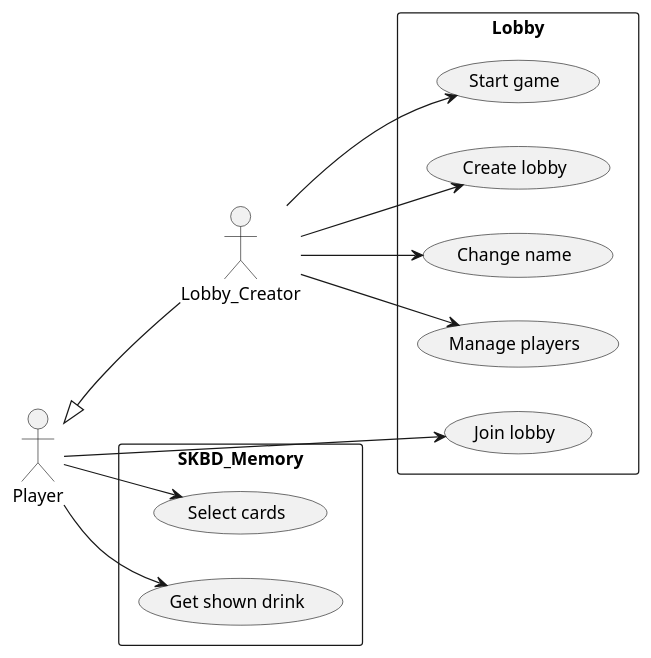
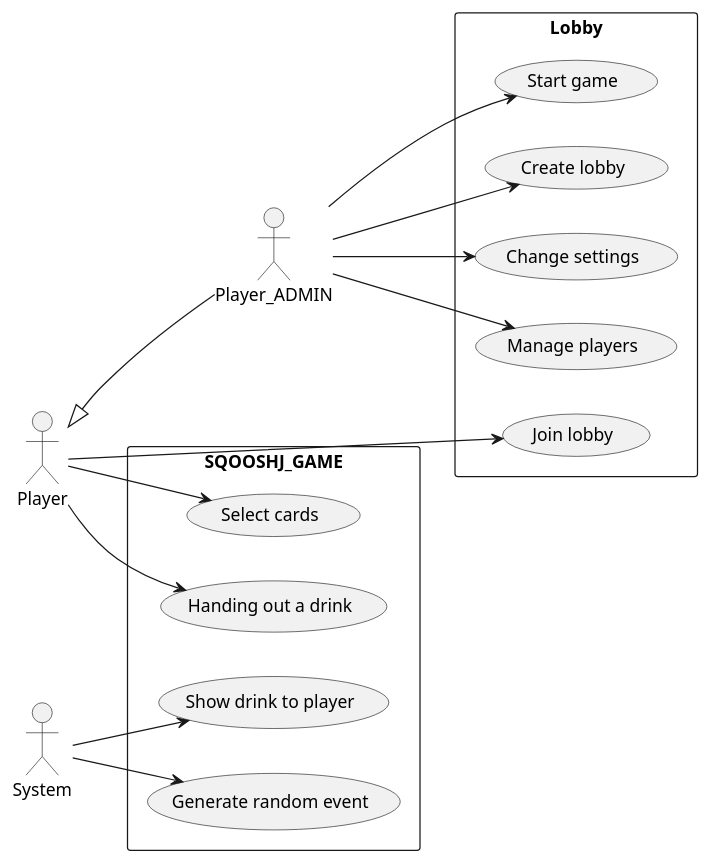
Before and after one commit to DoronHartog/SKBD: the diagram in Documentation/Functional_requirements.plantuml, drawn with PlantUML. The commit also changed 1 other file, not shown here.

Commit message:
Created sqooshj class_diagram

```diff
--- a/Documentation/Functional_requirements.plantuml
+++ b/Documentation/Functional_requirements.plantuml
@@ -1,30 +1,34 @@
 @startuml Funtional_requirements
 left to right direction
 
 
-Player <|-- Lobby_Creator
+Player <|-- Player_ADMIN
 
 rectangle Lobby {
   usecase "Join lobby" as L_UC1
   usecase "Create lobby" as L_UC2
-  usecase "Change name" as L_UC3
+  usecase "Change settings" as L_UC3
   usecase "Manage players" as L_UC4
   usecase "Start game" as L_UC5
 }
 
-rectangle SKBD_Memory {
+rectangle SQOOSHJ_GAME {
   usecase "Select cards" as UC1
-  usecase "Get shown drink" as UC2
+  usecase "Handing out a drink" as UC3
+  usecase "Show drink to player" as UC2
+  usecase "Generate random event" as UC4
 }
 
 Player --> L_UC1
-Lobby_Creator --> L_UC2
-Lobby_Creator --> L_UC3
-Lobby_Creator --> L_UC4
-Lobby_Creator --> L_UC5
+Player_ADMIN --> L_UC2
+Player_ADMIN --> L_UC3
+Player_ADMIN --> L_UC4
+Player_ADMIN --> L_UC5
 
 Player --> UC1
-Player --> UC2
+Player --> UC3
 
+System --> UC2
+System --> UC4
 
 @enduml
```
